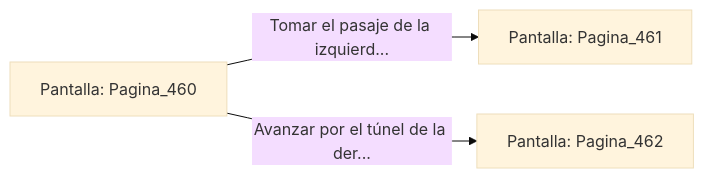
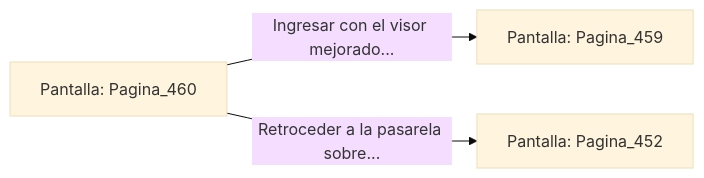
The diagram in sample/eligejuego-vault/Pantalla_Pagina_460.md (metsuke/mpl), drawn with Mermaid (base theme) before and after one commit. The commit also changed other lines of this file and 635 other files, not shown here.

First line of the commit message:
fix: añadir Pagina_1 como pantalla inicial en capitulo_01.mpl

````diff
--- a/sample/eligejuego-vault/Pantalla_Pagina_460.md
+++ b/sample/eligejuego-vault/Pantalla_Pagina_460.md
@@ -20,6 +22,6 @@
 ```mermaid
 graph LR
     P_Pagina_460["Pantalla: Pagina_460"]
-    P_Pagina_460 -->|"Tomar el pasaje de la izquierd..."| P_Pagina_461["Pantalla: Pagina_461"]
-    P_Pagina_460 -->|"Avanzar por el túnel de la der..."| P_Pagina_462["Pantalla: Pagina_462"]
+    P_Pagina_460 -->|"Ingresar con el visor mejorado..."| P_Pagina_459["Pantalla: Pagina_459"]
+    P_Pagina_460 -->|"Retroceder a la pasarela sobre..."| P_Pagina_452["Pantalla: Pagina_452"]
 ```
````
